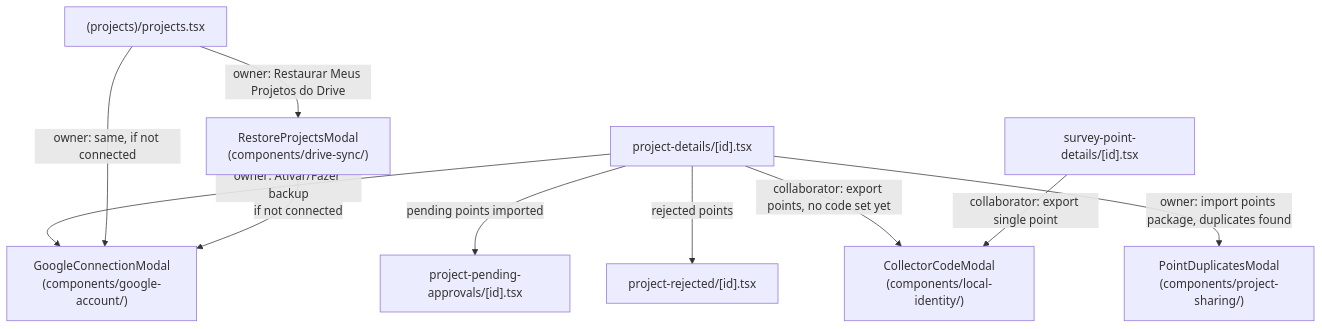
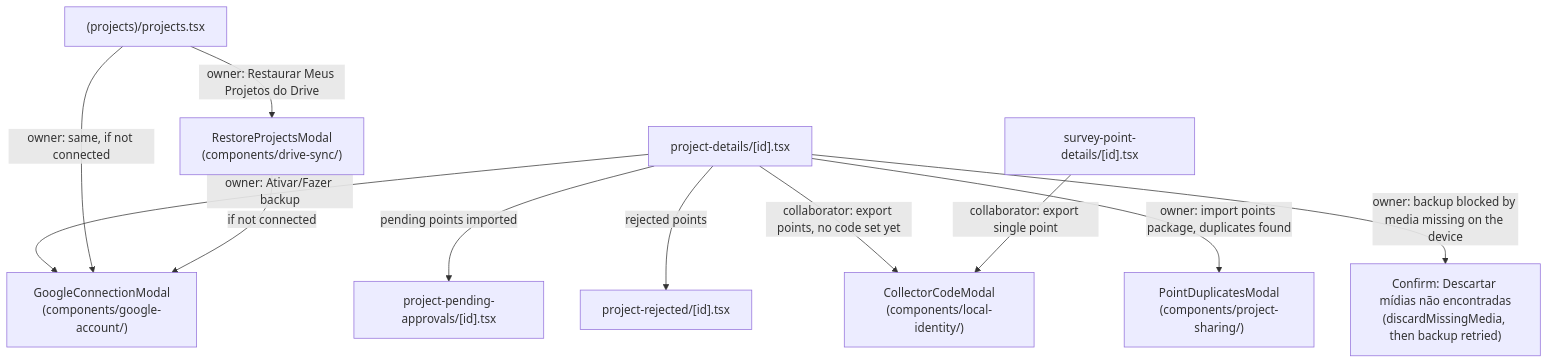
Before and after one commit to pablonvsx/nomos: the fourth of 4 diagrams in docs/09_SCREEN_FLOW.md, drawn with Mermaid. The commit also changed other lines of this file and 50 other files, not shown here.

````diff
--- a/docs/09_SCREEN_FLOW.md
+++ b/docs/09_SCREEN_FLOW.md
@@ -81,12 +81,13 @@
 ```mermaid
 flowchart TD
     Projects["(projects)/projects.tsx"] -->|"owner: Restaurar Meus Projetos do Drive"| Restore["RestoreProjectsModal<br/>(components/drive-sync/)"]
     Details["project-details/[id].tsx"] -->|"owner: Ativar/Fazer backup"| GConnect["GoogleConnectionModal<br/>(components/google-account/)"]
     Projects -->|"owner: same, if not connected"| GConnect
     Restore -->|"if not connected"| GConnect
     Details -->|"pending points imported"| Pending["project-pending-approvals/[id].tsx"]
     Details -->|"rejected points"| Rejected["project-rejected/[id].tsx"]
     Details -->|"collaborator: export points, no code set yet"| CCode["CollectorCodeModal<br/>(components/local-identity/)"]
     PointDetails["survey-point-details/[id].tsx"] -->|"collaborator: export single point"| CCode
     Details -->|"owner: import points package, duplicates found"| Dup["PointDuplicatesModal<br/>(components/project-sharing/)"]
+    Details -->|"owner: backup blocked by media missing on the device"| Discard["Confirm: Descartar mídias não encontradas<br/>(discardMissingMedia, then backup retried)"]
 ```
````
